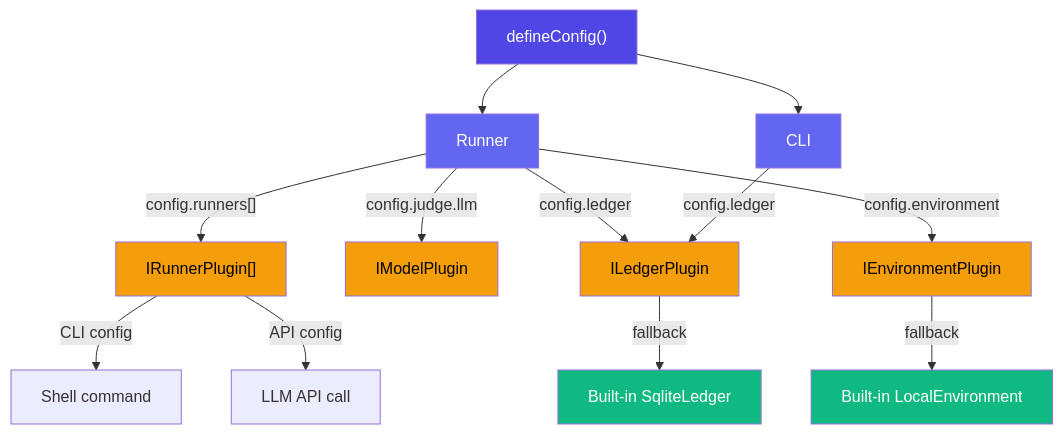
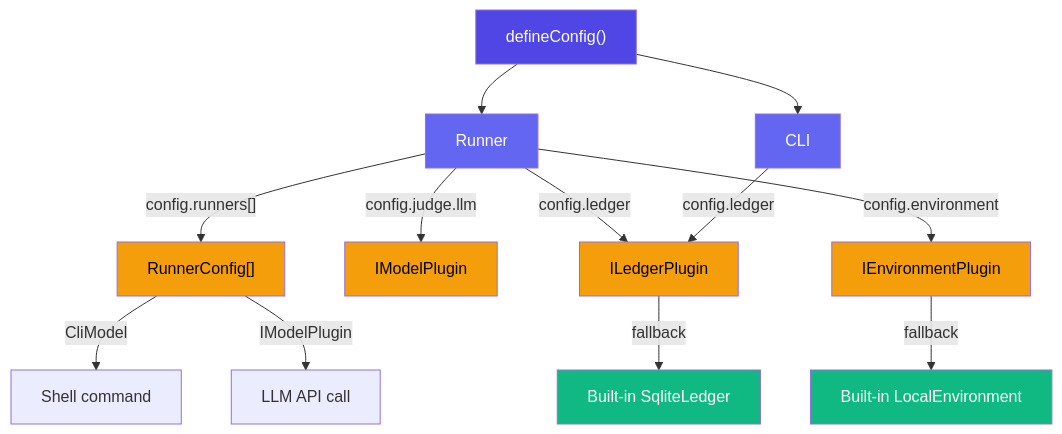
The second of 2 diagrams in apps/docs/guide/plugins.md (Tlahey/agent-eval), drawn with Mermaid before and after one commit. The commit also changed other lines of this file and 49 other files, not shown here.

First line of the commit message:
refactor(types): remove APIRunnerConfig — use APIRunner plugin directly (#8)

````diff
--- a/apps/docs/guide/plugins.md
+++ b/apps/docs/guide/plugins.md
@@ -167,26 +160,26 @@
 ```mermaid
 flowchart TB
     CONFIG["defineConfig()"] --> RUNNER["Runner"]
     CONFIG --> CLI["CLI"]
 
-    RUNNER -->|"config.runners[]"| RP["IRunnerPlugin[]"]
+    RUNNER -->|"config.runners[]"| RC["RunnerConfig[]"]
     RUNNER -->|"config.judge.llm"| MP["IModelPlugin"]
     RUNNER -->|"config.ledger"| LEDGER["ILedgerPlugin"]
     RUNNER -->|"config.environment"| ENV["IEnvironmentPlugin"]
     CLI -->|"config.ledger"| LEDGER
 
-    RP -->|"CLI config"| CLIR["Shell command"]
-    RP -->|"API config"| APIR["LLM API call"]
+    RC -->|"CliModel"| CLIR["Shell command"]
+    RC -->|"IModelPlugin"| APIR["LLM API call"]
     LEDGER -->|"fallback"| SQLITE["Built-in SqliteLedger"]
     ENV -->|"fallback"| LOCAL["Built-in LocalEnvironment"]
 
     style CONFIG fill:#4f46e5,color:#fff
     style RUNNER fill:#6366f1,color:#fff
     style CLI fill:#6366f1,color:#fff
-    style RP fill:#f59e0b,color:#000
+    style RC fill:#f59e0b,color:#000
     style MP fill:#f59e0b,color:#000
     style LEDGER fill:#f59e0b,color:#000
     style ENV fill:#f59e0b,color:#000
     style SQLITE fill:#10b981,color:#fff
     style LOCAL fill:#10b981,color:#fff
 ```
````
